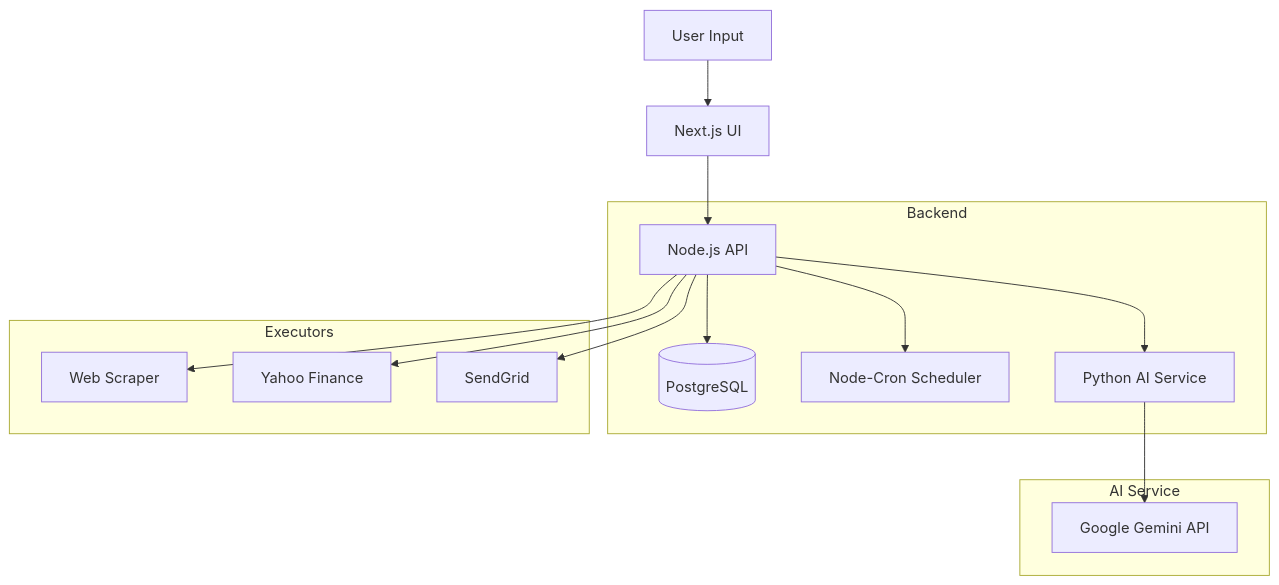
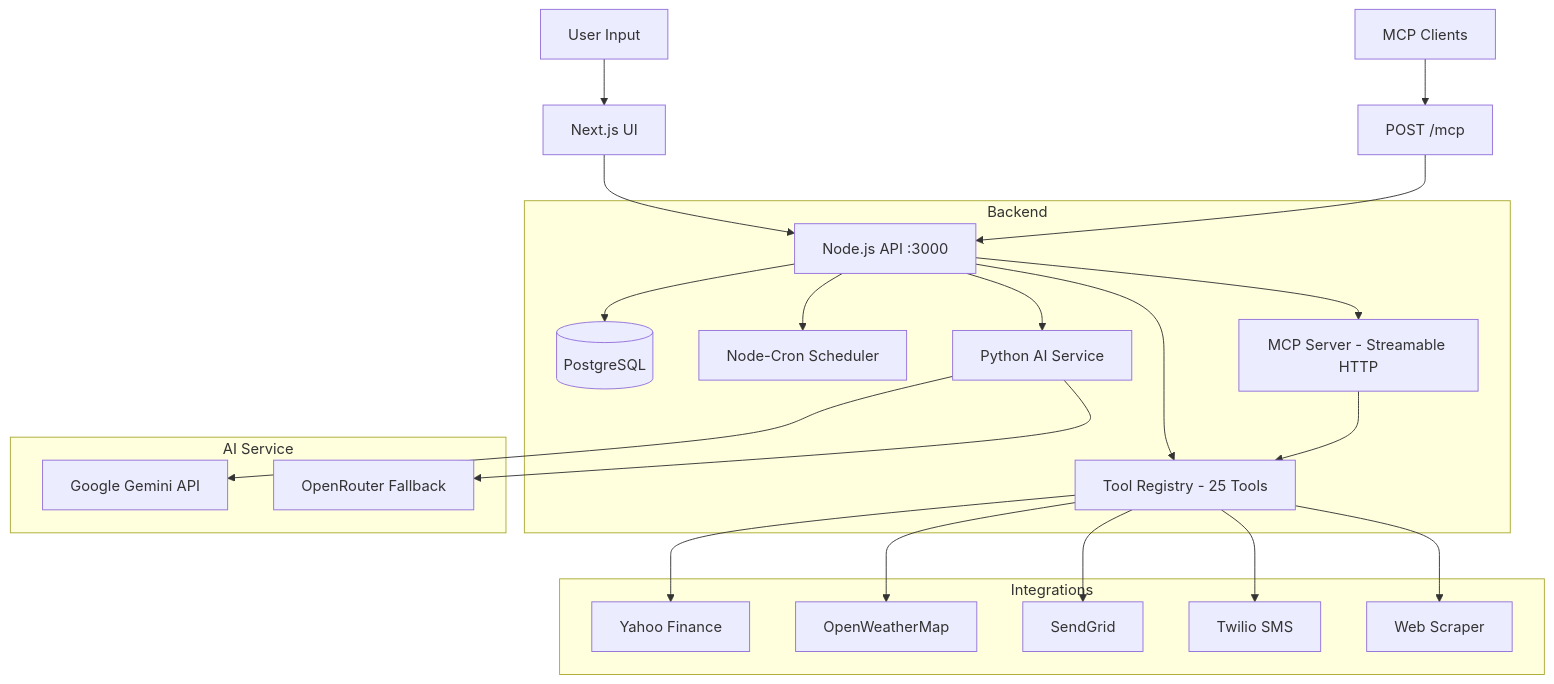
Before and after one commit to jayyycodes/workflow-automation: the diagram in README.md, drawn with Mermaid. The commit also changed other lines of this file and 1128 other files, not shown here.

Commit message:
feat: MCP server, tool registry, updated landing page + README

````diff
--- a/README.md
+++ b/README.md
@@ -205,21 +99,29 @@
 ```mermaid
 graph TD
     User[User Input] --> NextUI[Next.js UI]
-    NextUI --> NodeAPI[Node.js API]
+    MCPClient[MCP Clients] --> MCPEndpoint[POST /mcp]
+    NextUI --> NodeAPI[Node.js API :3000]
+    MCPEndpoint --> NodeAPI
     
     subgraph Backend
+    NodeAPI --> ToolReg[Tool Registry - 25 Tools]
     NodeAPI --> DB[(PostgreSQL)]
     NodeAPI --> Scheduler[Node-Cron Scheduler]
     NodeAPI --> PyService[Python AI Service]
+    NodeAPI --> MCP[MCP Server - Streamable HTTP]
+    MCP --> ToolReg
     end
     
-    subgraph AI Service
+    subgraph AI_Service[AI Service]
     PyService --> Gemini[Google Gemini API]
+    PyService --> OpenRouter[OpenRouter Fallback]
     end
     
-    subgraph Executors
-    NodeAPI --> Scraper[Web Scraper]
-    NodeAPI --> Stocks[Yahoo Finance]
-    NodeAPI --> Email[SendGrid]
+    subgraph Integrations
+    ToolReg --> Stocks[Yahoo Finance]
+    ToolReg --> Weather[OpenWeatherMap]
+    ToolReg --> Email[SendGrid]
+    ToolReg --> SMS[Twilio SMS]
+    ToolReg --> Scraper[Web Scraper]
     end
 ```
````
